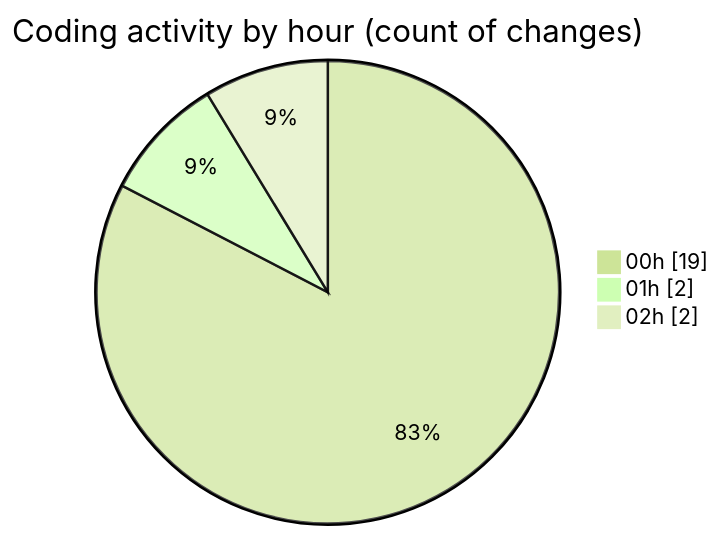
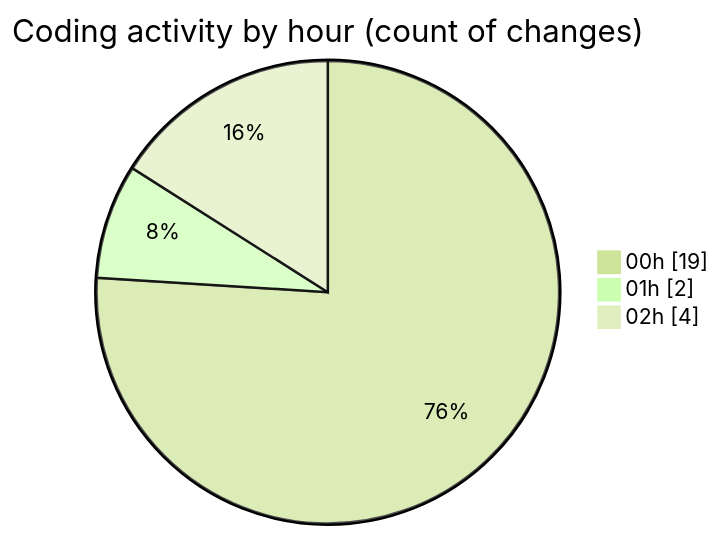
One commit to julien-gomy/code-tracking changed the second of 2 diagrams in 2025-10-21/eventscop-frontend-guide__workspace_/README.md. Above: the diagram before and after it, drawn with Mermaid (forest theme). The commit also changed other lines of this file and 1 other file, not shown here.

````diff
--- a/2025-10-21/eventscop-frontend-guide__workspace_/README.md
+++ b/2025-10-21/eventscop-frontend-guide__workspace_/README.md
@@ -38,7 +38,7 @@
 ```mermaid
 pie showData
 title Coding activity by hour (count of changes)
 "00h" : 19
 "01h" : 2
-"02h" : 2
+"02h" : 4
 ```
````
